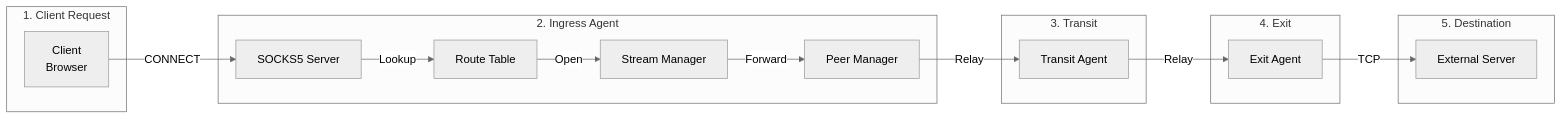
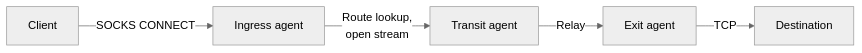
Before and after one commit to Muti-Metroo/Muti-Metroo: the third of 4 diagrams in docs/docs/concepts/architecture.md, drawn with Mermaid (neutral theme). The commit also changed other lines of this file and 156 other files, not shown here.

````diff
--- a/docs/docs/concepts/architecture.md
+++ b/docs/docs/concepts/architecture.md
@@ -180,33 +91,7 @@
 ```mermaid
 flowchart LR
-    subgraph Step1[1. Client Request]
-        Client[Client<br/>Browser]
-    end
-
-    subgraph Step2[2. Ingress Agent]
-        SOCKS5[SOCKS5 Server]
-        RouteTable[Route Table]
-        StreamMgr[Stream Manager]
-        PeerMgr[Peer Manager]
-    end
-
-    subgraph Step3[3. Transit]
-        Transit[Transit Agent]
-    end
-
-    subgraph Step4[4. Exit]
-        Exit[Exit Agent]
-    end
-
-    subgraph Step5[5. Destination]
-        Server[External Server]
-    end
-
-    Client -->|CONNECT| SOCKS5
-    SOCKS5 -->|Lookup| RouteTable
-    RouteTable -->|Open| StreamMgr
-    StreamMgr -->|Forward| PeerMgr
-    PeerMgr -->|Relay| Transit
-    Transit -->|Relay| Exit
-    Exit -->|TCP| Server
+    Client[Client] -->|SOCKS CONNECT| Ingress[Ingress agent]
+    Ingress -->|Route lookup,<br/>open stream| Transit[Transit agent]
+    Transit -->|Relay| Exit[Exit agent]
+    Exit -->|TCP| Server[Destination]
 ```
````
